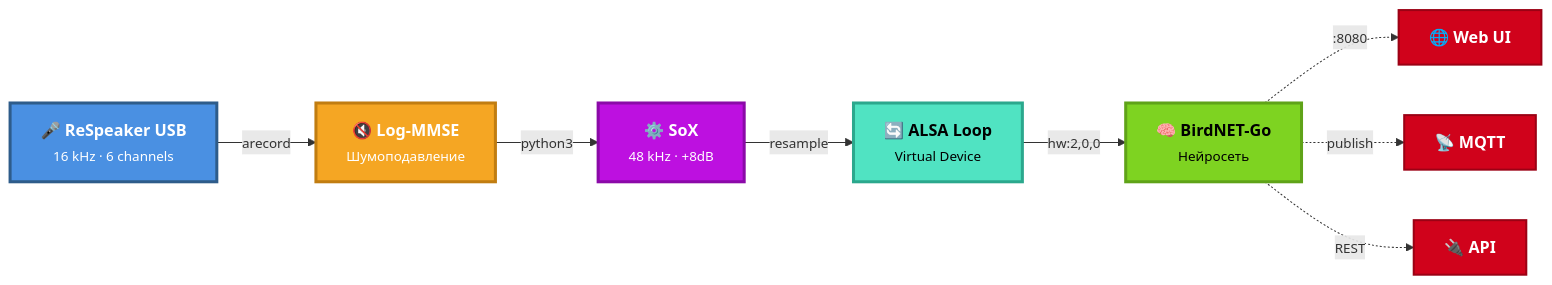
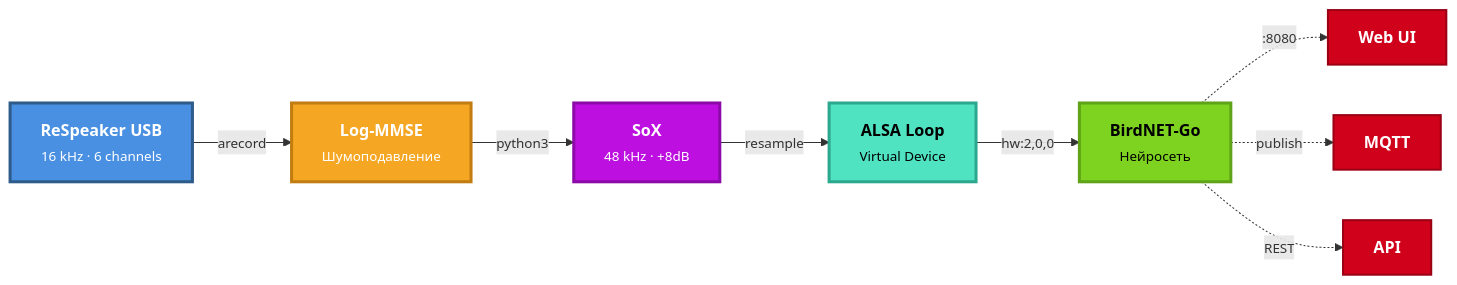
The diagram in README.md (Gfermoto/birdnet_odas), drawn with Mermaid before and after one commit. The commit also changed 2 other files, not shown here.

Commit message:
design: убраны все эмодзи из диаграмм
Эмодзи заменены на строгие текстовые метки:
- Stage 1/2/3/4 вместо номеров с эмодзи
- INPUT/OUTPUT/PROCESSING вместо эмодзи-заголовков
- Чистые названия блоков без иконок

Профессиональный строгий стиль без дешевой графики.

Made-with: Cursor

````diff
--- a/README.md
+++ b/README.md
@@ -58,34 +58,34 @@
 ```mermaid
 %%{init: {'theme':'base', 'themeVariables': { 'fontSize':'16px', 'fontFamily':'system-ui, -apple-system, "Segoe UI", Roboto, sans-serif'}}}%%
 graph LR
-    A["<b>🎤 ReSpeaker USB</b><br/><small>16 kHz · 6 channels</small>"]
-    B["<b>🔇 Log-MMSE</b><br/><small>Шумоподавление</small>"]
-    C["<b>⚙️ SoX</b><br/><small>48 kHz · +8dB</small>"]
-    D["<b>🔄 ALSA Loop</b><br/><small>Virtual Device</small>"]
-    E["<b>🧠 BirdNET-Go</b><br/><small>Нейросеть</small>"]
-    F["<b>🌐 Web UI</b>"]
-    G["<b>📡 MQTT</b>"]
-    H["<b>🔌 API</b>"]
+    A["<b>ReSpeaker USB</b><br/><small>16 kHz · 6 channels</small>"]
+    B["<b>Log-MMSE</b><br/><small>Шумоподавление</small>"]
+    C["<b>SoX</b><br/><small>48 kHz · +8dB</small>"]
+    D["<b>ALSA Loop</b><br/><small>Virtual Device</small>"]
+    E["<b>BirdNET-Go</b><br/><small>Нейросеть</small>"]
+    F["<b>Web UI</b>"]
+    G["<b>MQTT</b>"]
+    H["<b>API</b>"]
     
     A -->|"<small>arecord</small>"| B
     B -->|"<small>python3</small>"| C
     C -->|"<small>resample</small>"| D
     D -->|"<small>hw:2,0,0</small>"| E
     E -.->|"<small>:8080</small>"| F
     E -.->|"<small>publish</small>"| G
     E -.->|"<small>REST</small>"| H
     
     classDef input fill:#4A90E2,stroke:#2E5C8A,stroke-width:3px,color:#fff
     classDef process fill:#F5A623,stroke:#C17D11,stroke-width:3px,color:#fff
     classDef convert fill:#BD10E0,stroke:#8B0AA8,stroke-width:3px,color:#fff
     classDef virtual fill:#50E3C2,stroke:#2BA88D,stroke-width:3px,color:#000
     classDef ai fill:#7ED321,stroke:#5FA318,stroke-width:3px,color:#000
     classDef output fill:#D0021B,stroke:#9B0114,stroke-width:2px,color:#fff
     
     class A input
     class B process
     class C convert
     class D virtual
     class E ai
     class F,G,H output
 ```
````
